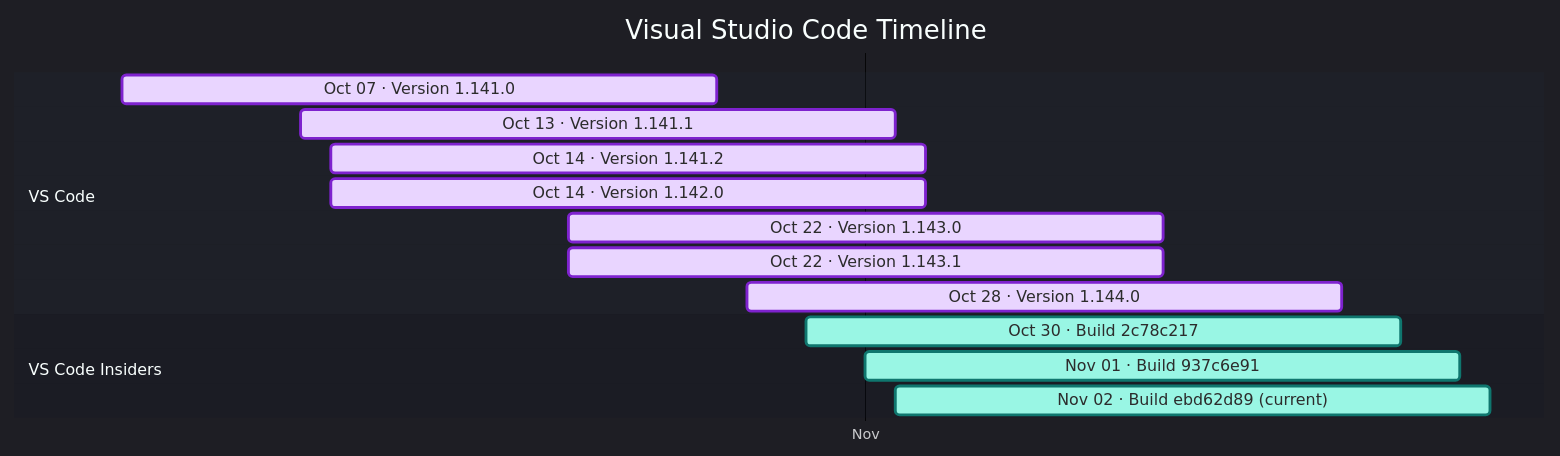
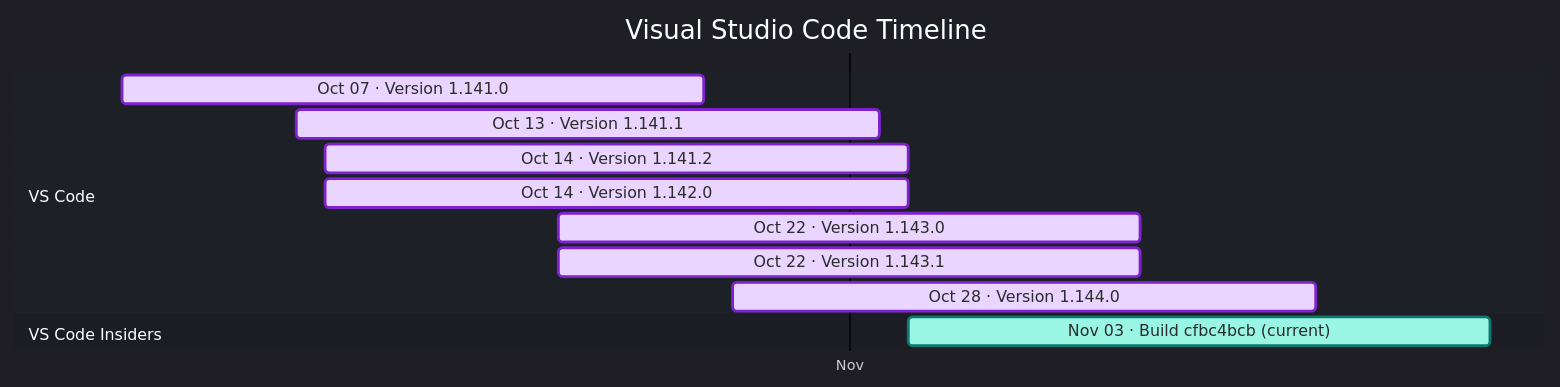
One commit to Oxelya-DevTools/VisualStudioUpdate changed the diagram in docs/vscode.md. Above: the diagram before and after it, drawn with Mermaid. The commit also changed other lines of this file and 1 other file, not shown here.

````diff
--- a/docs/vscode.md
+++ b/docs/vscode.md
@@ -9,20 +9,18 @@
 ```mermaid
 %%{init: {'theme':'dark','themeVariables': { 'fontFamily': 'Segoe UI', 'fontSize': '24px', 'textColor': '#F3F4F6', 'titleTextColor': '#FFFFFF', 'taskTextColor': '#111827', 'taskTextLightColor': '#111827', 'taskTextOutsideColor': '#F3F4F6', 'taskBkgColor': '#BAE6FD', 'taskBorderColor': '#0369A1', 'doneTaskBkgColor': '#E9D5FF', 'doneTaskBorderColor': '#7E22CE', 'activeTaskBkgColor': '#99F6E4', 'activeTaskBorderColor': '#0F766E', 'critTaskBkgColor': '#FED7AA', 'critTaskBorderColor': '#C2410C', 'sectionBkgColor': '#1F2937', 'altSectionBkgColor': '#111827', 'gridColor': '#4B5563', 'todayLineColor': '#F87171' }}}%%
 gantt
     title Visual Studio Code Timeline
     dateFormat  YYYY-MM-DD
     axisFormat  %b
     tickInterval 1month
     section VS Code
     Oct 07 · Version 1.141.0 : done, vscode202610070, 2026-10-07, 20d
     Oct 13 · Version 1.141.1 : done, vscode202610131, 2026-10-13, 20d
     Oct 14 · Version 1.141.2 : done, vscode202610142, 2026-10-14, 20d
     Oct 14 · Version 1.142.0 : done, vscode202610143, 2026-10-14, 20d
     Oct 22 · Version 1.143.0 : done, vscode202610224, 2026-10-22, 20d
     Oct 22 · Version 1.143.1 : done, vscode202610225, 2026-10-22, 20d
     Oct 28 · Version 1.144.0 : done, vscode202610286, 2026-10-28, 20d
     section VS Code Insiders
-    Oct 30 · Build 2c78c217 : active, vscodeinsiders202610300, 2026-10-30, 20d
-    Nov 01 · Build 937c6e91 : active, vscodeinsiders202611011, 2026-11-01, 20d
-    Nov 02 · Build ebd62d89 (current) : active, vscodeinsiders202611022, 2026-11-02, 20d
+    Nov 03 · Build cfbc4bcb (current) : active, vscodeinsiders202611030, 2026-11-03, 20d
 ```
````
